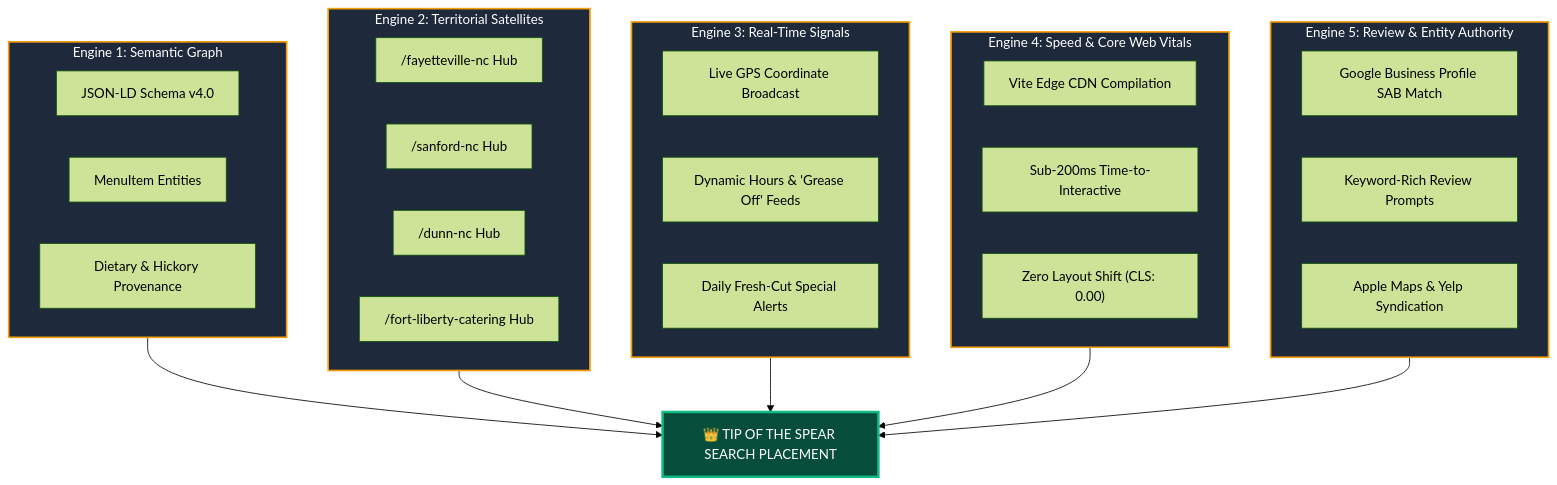
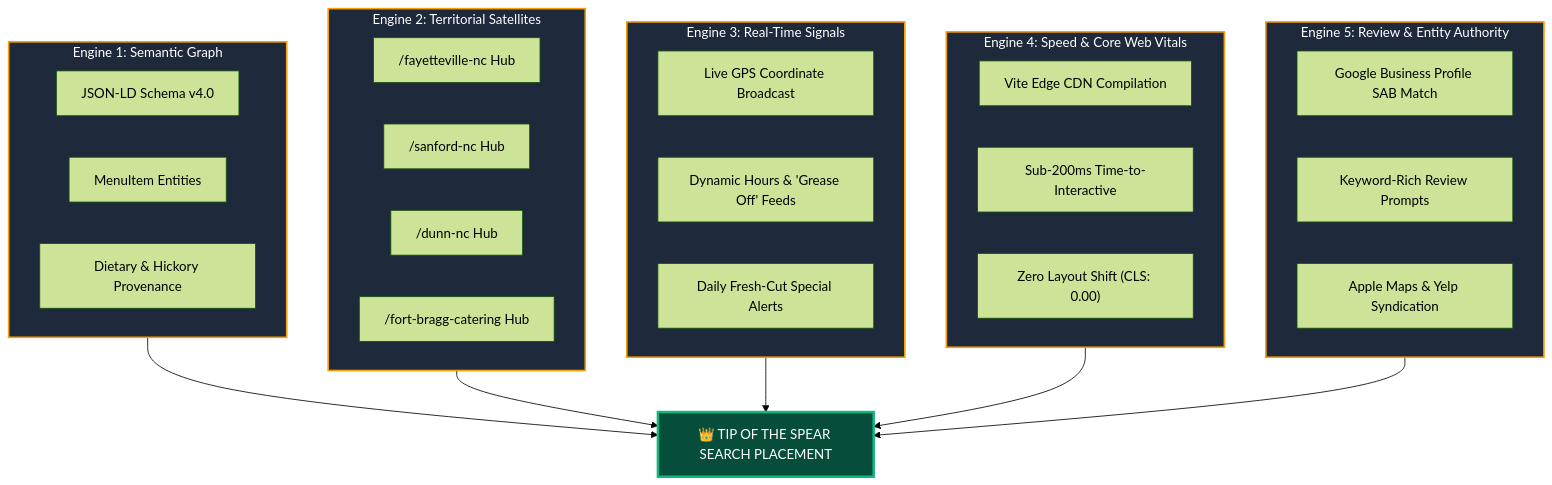
One commit to Reign3418/TisdaleSouthernBBQ changed the first of 3 diagrams in WHITE_PAPER_DISCOVERY.md. Above: the diagram before and after it, drawn with Mermaid (forest theme). The commit also changed other lines of this file and 3 other files, not shown here.

Commit message:
fix(copy): standardize Fort Bragg nomenclature across index.html, white paper, and llms.txt

````diff
--- a/WHITE_PAPER_DISCOVERY.md
+++ b/WHITE_PAPER_DISCOVERY.md
@@ -62,44 +62,44 @@
 ```mermaid
 graph TD
     subgraph E1 ["Engine 1: Semantic Graph"]
         S1["JSON-LD Schema v4.0"]
         S2["MenuItem Entities"]
         S3["Dietary & Hickory Provenance"]
     end
 
     subgraph E2 ["Engine 2: Territorial Satellites"]
         L1["/fayetteville-nc Hub"]
         L2["/sanford-nc Hub"]
         L3["/dunn-nc Hub"]
-        L4["/fort-liberty-catering Hub"]
+        L4["/fort-bragg-catering Hub"]
     end
 
     subgraph E3 ["Engine 3: Real-Time Signals"]
         R1["Live GPS Coordinate Broadcast"]
         R2["Dynamic Hours & 'Grease Off' Feeds"]
         R3["Daily Fresh-Cut Special Alerts"]
     end
 
     subgraph E4 ["Engine 4: Speed & Core Web Vitals"]
         V1["Vite Edge CDN Compilation"]
         V2["Sub-200ms Time-to-Interactive"]
         V3["Zero Layout Shift (CLS: 0.00)"]
     end
 
     subgraph E5 ["Engine 5: Review & Entity Authority"]
         A1["Google Business Profile SAB Match"]
         A2["Keyword-Rich Review Prompts"]
         A3["Apple Maps & Yelp Syndication"]
     end
 
     E1 --> DOMINANCE["👑 TIP OF THE SPEAR SEARCH PLACEMENT"]
     E2 --> DOMINANCE
     E3 --> DOMINANCE
     E4 --> DOMINANCE
     E5 --> DOMINANCE
 
     classDef core fill:#1e293b,stroke:#f59e0b,stroke-width:2px,color:#ffffff;
     classDef win fill:#064e3b,stroke:#10b981,stroke-width:3px,color:#ffffff;
     class E1,E2,E3,E4,E5 core;
     class DOMINANCE win;
 ```
````
